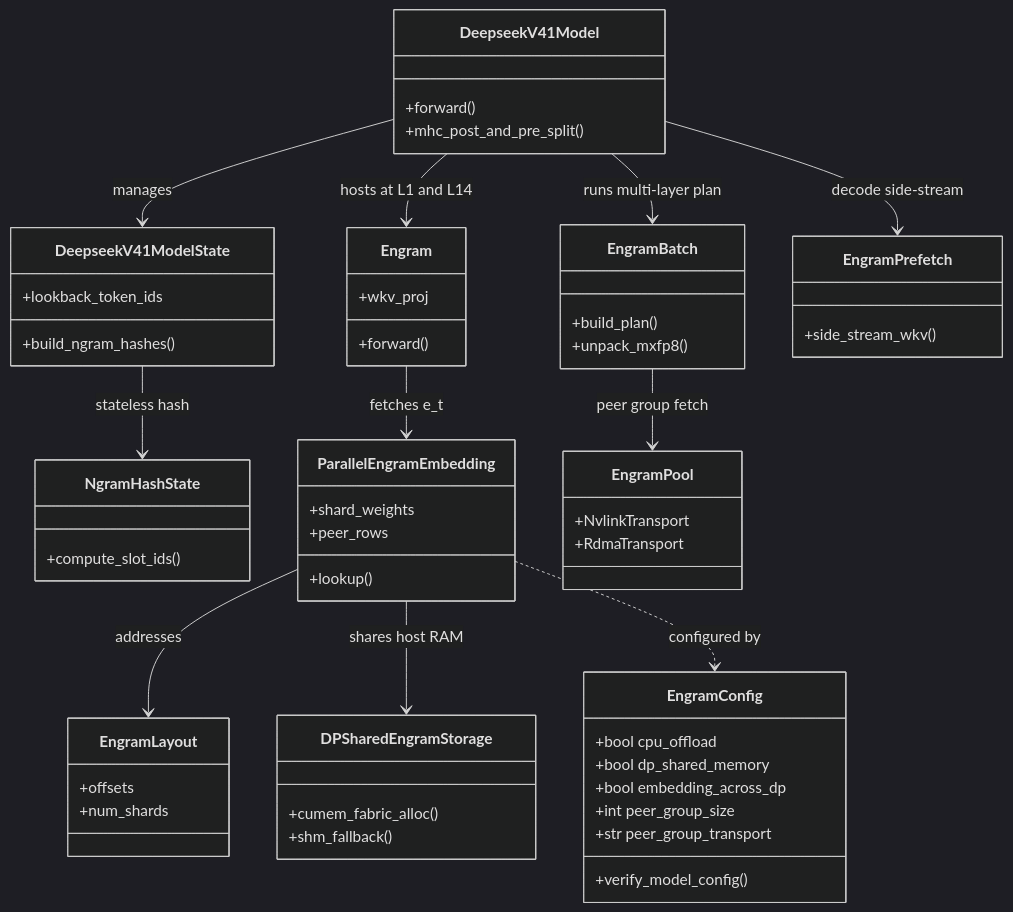
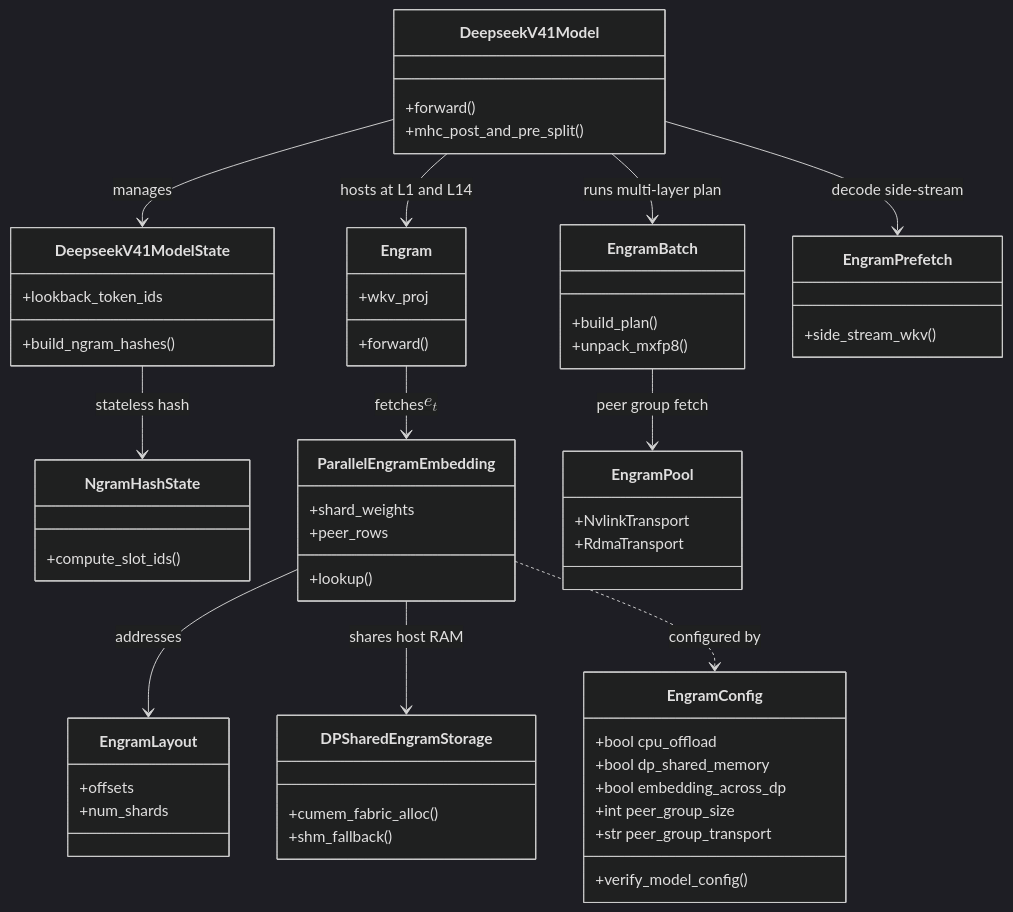
The first of 4 diagrams in src/content/posts/deepseek/07-engram/index.mdx (xingcanlee/infra-note), drawn with Mermaid (dark theme) before and after one commit. The commit also changed other lines of this file and 158 other files, not shown here.

Commit message:
feat: simplify diagrams to Pele + single-source drawio, refine layout and typography, and upgrade astro-wisp to 0.7.1

````diff
--- a/src/content/posts/deepseek/07-engram/index.mdx
+++ b/src/content/posts/deepseek/07-engram/index.mdx
@@ -323,61 +323,61 @@
 ```mermaid caption="图 12：vllm@99b0b0b0 中 DeepSeek-V4.1 Engram 核心类关系与内存分级后端"
 classDiagram
     class EngramConfig {
         +bool cpu_offload
         +bool dp_shared_memory
         +bool embedding_across_dp
         +int peer_group_size
         +str peer_group_transport
         +verify_model_config()
     }
     class DeepseekV41Model {
         +forward()
         +mhc_post_and_pre_split()
     }
     class DeepseekV41ModelState {
         +lookback_token_ids
         +build_ngram_hashes()
     }
     class NgramHashState {
         +compute_slot_ids()
     }
     class EngramLayout {
         +offsets
         +num_shards
     }
     class ParallelEngramEmbedding {
         +shard_weights
         +peer_rows
         +lookup()
     }
     class DPSharedEngramStorage {
         +cumem_fabric_alloc()
         +shm_fallback()
     }
     class EngramBatch {
         +build_plan()
         +unpack_mxfp8()
     }
     class Engram {
         +wkv_proj
         +forward()
     }
     class EngramPrefetch {
         +side_stream_wkv()
     }
     class EngramPool {
         +NvlinkTransport
         +RdmaTransport
     }
 
     DeepseekV41Model --> DeepseekV41ModelState : manages
     DeepseekV41Model --> Engram : hosts at L1 and L14
     DeepseekV41Model --> EngramBatch : runs multi-layer plan
     DeepseekV41Model --> EngramPrefetch : decode side-stream
     DeepseekV41ModelState --> NgramHashState : stateless hash
-    Engram --> ParallelEngramEmbedding : fetches e_t
+    Engram --> ParallelEngramEmbedding : fetches $$e_t$$
     ParallelEngramEmbedding --> EngramLayout : addresses
     ParallelEngramEmbedding --> DPSharedEngramStorage : shares host RAM
     ParallelEngramEmbedding ..> EngramConfig : configured by
     EngramBatch --> EngramPool : peer group fetch
 ```
````
